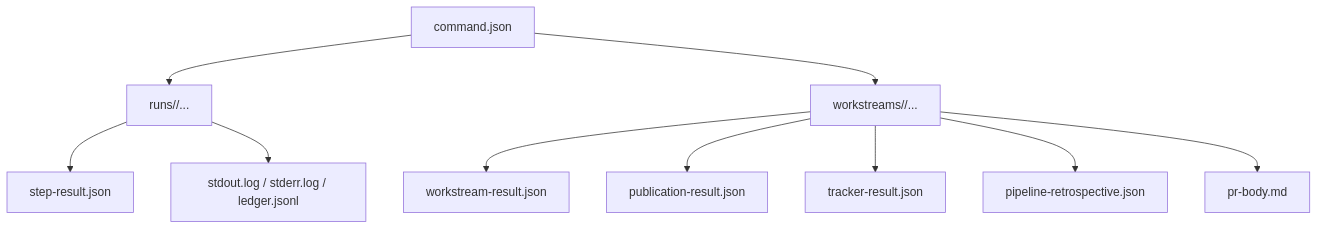
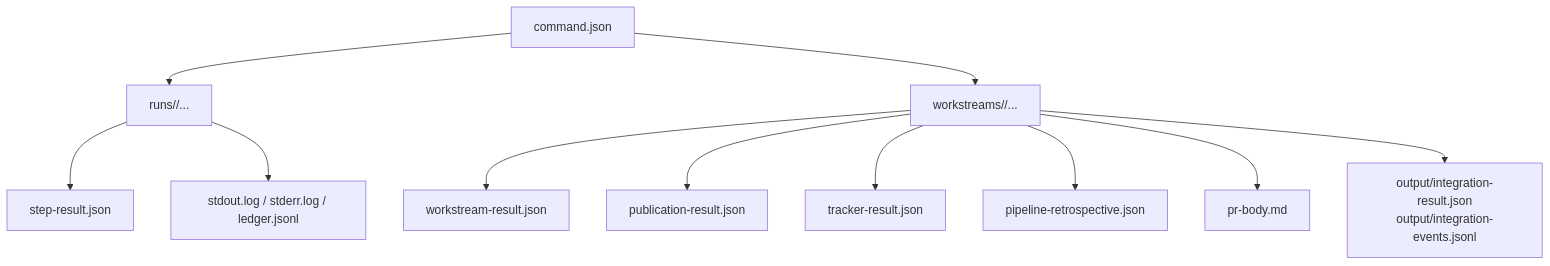
One commit to thunderbump/afk-composable-pipeline changed the fourth of 5 diagrams in docs/pipeline-overview.md. Above: the diagram before and after it, drawn with Mermaid. The commit also changed other lines of this file, not shown here.

````diff
--- a/docs/pipeline-overview.md
+++ b/docs/pipeline-overview.md
@@ -238,14 +270,15 @@
 ```mermaid
 flowchart TD
   Cmd[command.json] --> Runs[runs/<run-id>/...]
   Cmd --> Workstream[workstreams/<run-id>/...]
 
   Runs --> Step[step-result.json]
   Runs --> Logs[stdout.log / stderr.log / ledger.jsonl]
 
   Workstream --> WS[workstream-result.json]
   Workstream --> Pub[publication-result.json]
   Workstream --> Tracker[tracker-result.json]
   Workstream --> Retro[pipeline-retrospective.json]
   Workstream --> Body[pr-body.md]
+  Workstream --> Output[output/integration-result.json<br/>output/integration-events.jsonl]
 ```
````
